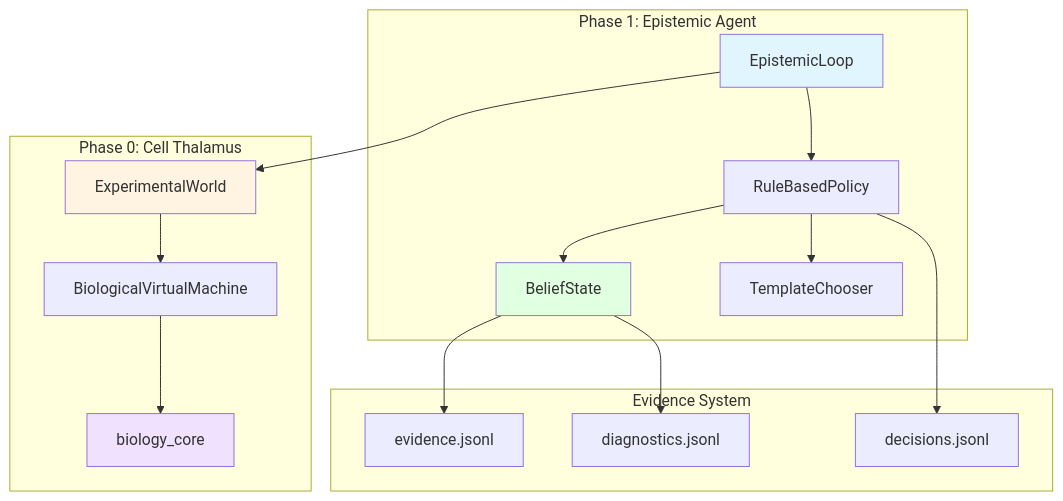
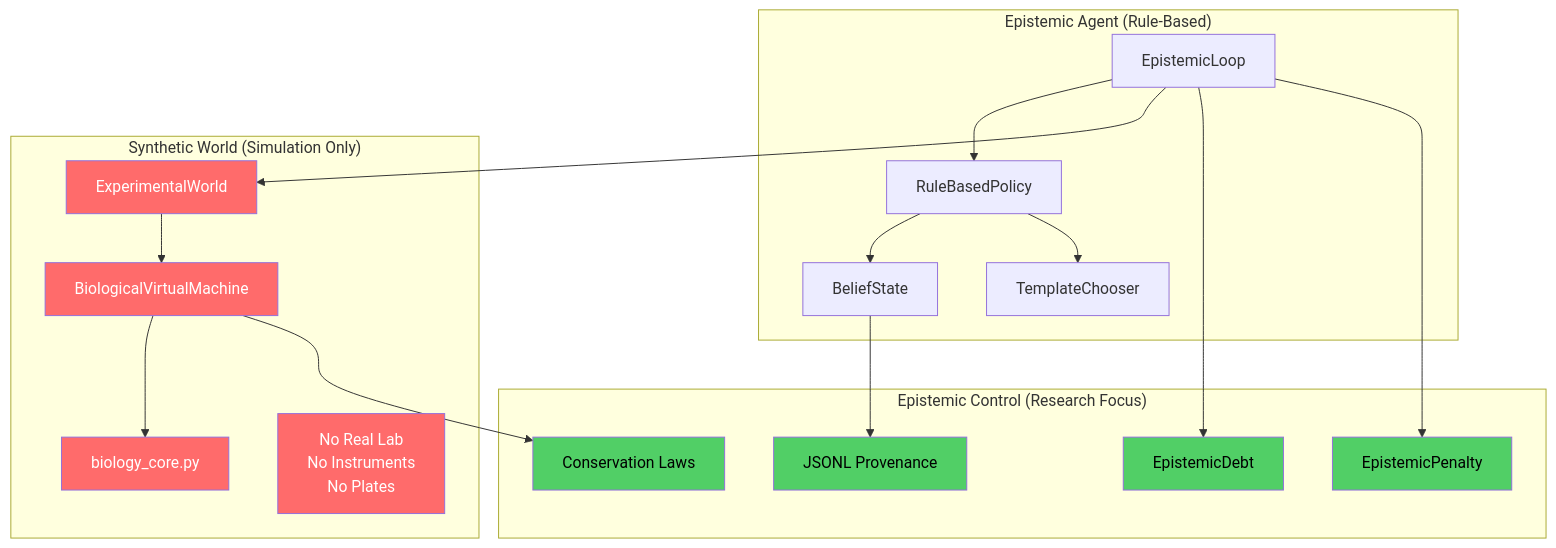
Before and after one commit to bjh-insitro/cell_OS: the diagram in README.md, drawn with Mermaid. The commit also changed other lines of this file and 16 other files, not shown here.

````diff
--- a/README.md
+++ b/README.md
@@ -61,37 +83,44 @@
 ```mermaid
 graph TB
-    subgraph "Phase 1: Epistemic Agent"
+    subgraph "Epistemic Agent (Rule-Based)"
         Agent[EpistemicLoop]
         Policy[RuleBasedPolicy]
         Beliefs[BeliefState]
         Chooser[TemplateChooser]
     end
 
-    subgraph "Phase 0: Cell Thalamus"
+    subgraph "Synthetic World (Simulation Only)"
         World[ExperimentalWorld]
         Hardware[BiologicalVirtualMachine]
-        Biology[biology_core]
+        Biology[biology_core.py]
+        Note1[No Real Lab<br/>No Instruments<br/>No Plates]
     end
 
-    subgraph "Evidence System"
-        Evidence[evidence.jsonl]
-        Diagnostics[diagnostics.jsonl]
-        Decisions[decisions.jsonl]
+    subgraph "Epistemic Control (Research Focus)"
+        Debt[EpistemicDebt]
+        Penalty[EpistemicPenalty]
+        Conservation[Conservation Laws]
+        Ledgers[JSONL Provenance]
     end
 
     Agent --> Policy
     Policy --> Beliefs
     Policy --> Chooser
     Agent --> World
     World --> Hardware
     Hardware --> Biology
 
-    Beliefs --> Evidence
-    Beliefs --> Diagnostics
-    Policy --> Decisions
+    Beliefs --> Ledgers
+    Agent --> Debt
+    Agent --> Penalty
+    Hardware --> Conservation
 
-    style Agent fill:#e1f5ff
-    style World fill:#fff4e1
-    style Beliefs fill:#e1ffe1
-    style Biology fill:#f0e1ff
+    style World fill:#ff6b6b,color:#fff
+    style Hardware fill:#ff6b6b,color:#fff
+    style Biology fill:#ff6b6b,color:#fff
+    style Note1 fill:#ff6b6b,color:#fff
+    style Debt fill:#51cf66,color:#000
+    style Penalty fill:#51cf66,color:#000
+    style Conservation fill:#51cf66,color:#000
+    style Ledgers fill:#51cf66,color:#000
 ```
````
